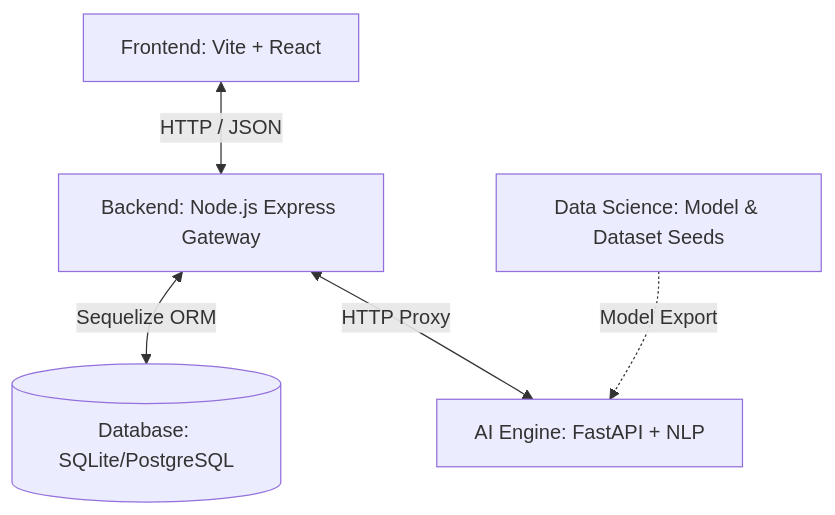
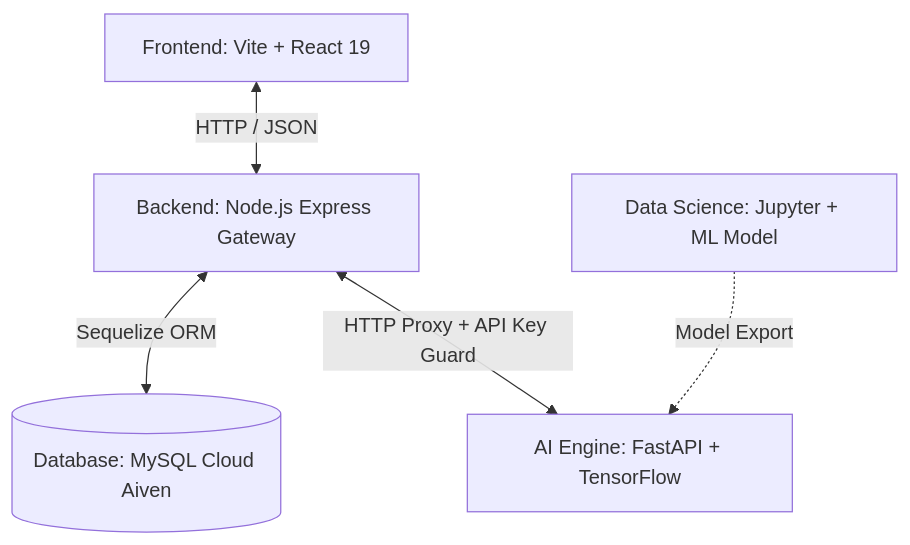
The diagram in README.md (abdurrre/career-diagnostic-system), drawn with Mermaid before and after one commit. The commit also changed other lines of this file and 2 other files, not shown here.

````diff
--- a/README.md
+++ b/README.md
@@ -11,7 +11,7 @@
 ```mermaid
 graph TD
-    A[Frontend: Vite + React] <-->|HTTP / JSON| B[Backend: Node.js Express Gateway]
-    B <-->|Sequelize ORM| C[(Database: SQLite/PostgreSQL)]
-    B <-->|HTTP Proxy| D[AI Engine: FastAPI + NLP]
-    E[Data Science: Model & Dataset Seeds] -.->|Model Export| D
+    A[Frontend: Vite + React 19] <-->|HTTP / JSON| B[Backend: Node.js Express Gateway]
+    B <-->|Sequelize ORM| C[(Database: MySQL Cloud Aiven)]
+    B <-->|HTTP Proxy + API Key Guard| D[AI Engine: FastAPI + TensorFlow]
+    E[Data Science: Jupyter + ML Model] -.->|Model Export| D
 ```
````
